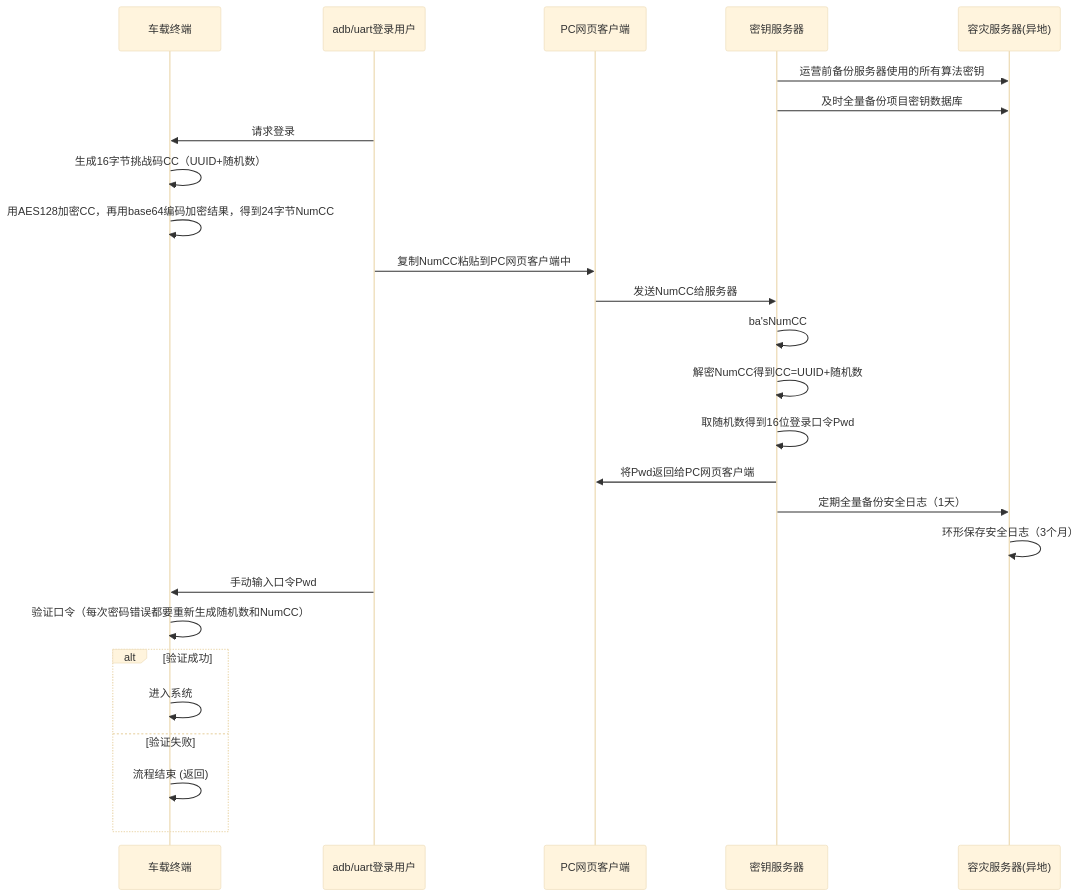
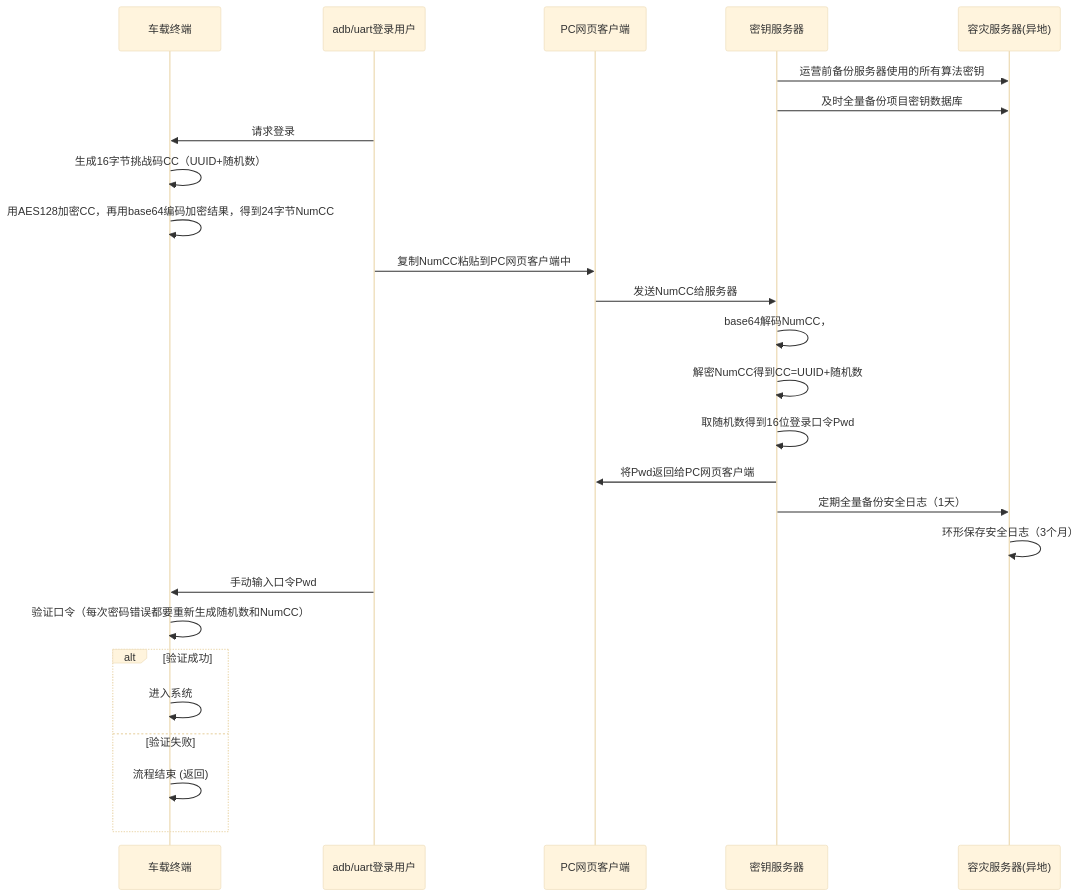
One commit to facebook-cloud/iodraw-files changed the diagram in all/未命名-19.md. Above: the diagram before and after it, drawn with Mermaid (base theme).

Commit message:
2026-03-19 16:46:37 update

````diff
--- a/all/未命名-19.md
+++ b/all/未命名-19.md
@@ -1,33 +1,33 @@
 ```mermaid
 sequenceDiagram
     participant tbox as 车载终端
     participant user as adb/uart登录用户
     participant pc as PC网页客户端
     participant tech_center as 密钥服务器
     participant backup as 容灾服务器(异地)
   
     tech_center->>backup: 运营前备份服务器使用的所有算法密钥
     tech_center->>backup: 及时全量备份项目密钥数据库
 
     user->>tbox: 请求登录
     tbox->>tbox: 生成16字节挑战码CC（UUID+随机数）
     tbox->>tbox: 用AES128加密CC，再用base64编码加密结果，得到24字节NumCC
     user->>pc: 复制NumCC粘贴到PC网页客户端中
     pc->>tech_center: 发送NumCC给服务器
-    tech_center->>tech_center: ba'sNumCC
+    tech_center->>tech_center: base64解码NumCC，
     tech_center->>tech_center: 解密NumCC得到CC=UUID+随机数
     tech_center->>tech_center: 取随机数得到16位登录口令Pwd
     tech_center->>pc: 将Pwd返回给PC网页客户端
 
     tech_center->>backup: 定期全量备份安全日志（1天）
     backup->>backup: 环形保存安全日志（3个月）
     user->>tbox: 手动输入口令Pwd
     tbox->>tbox: 验证口令（每次密码错误都要重新生成随机数和NumCC）
     alt 验证成功
         tbox->>tbox: 进入系统
     else 验证失败
         tbox->>tbox: 流程结束 (返回)
     end
 
 
 ```
````
